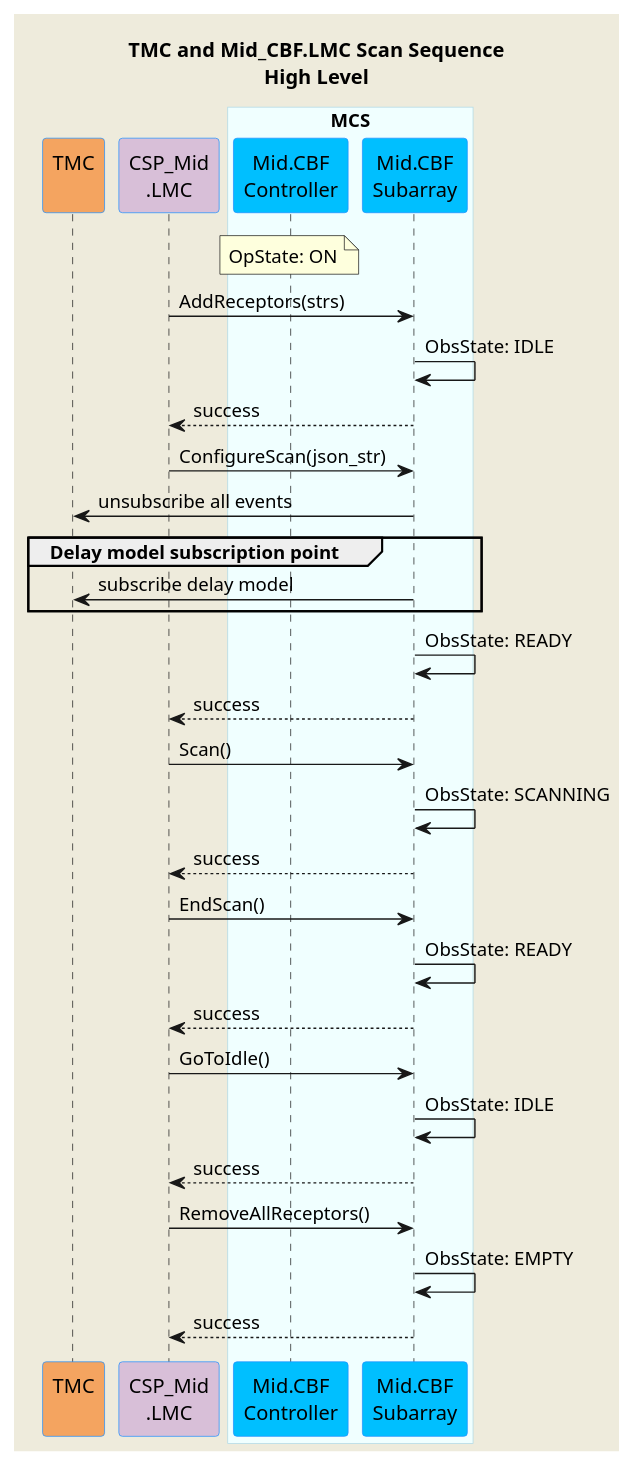
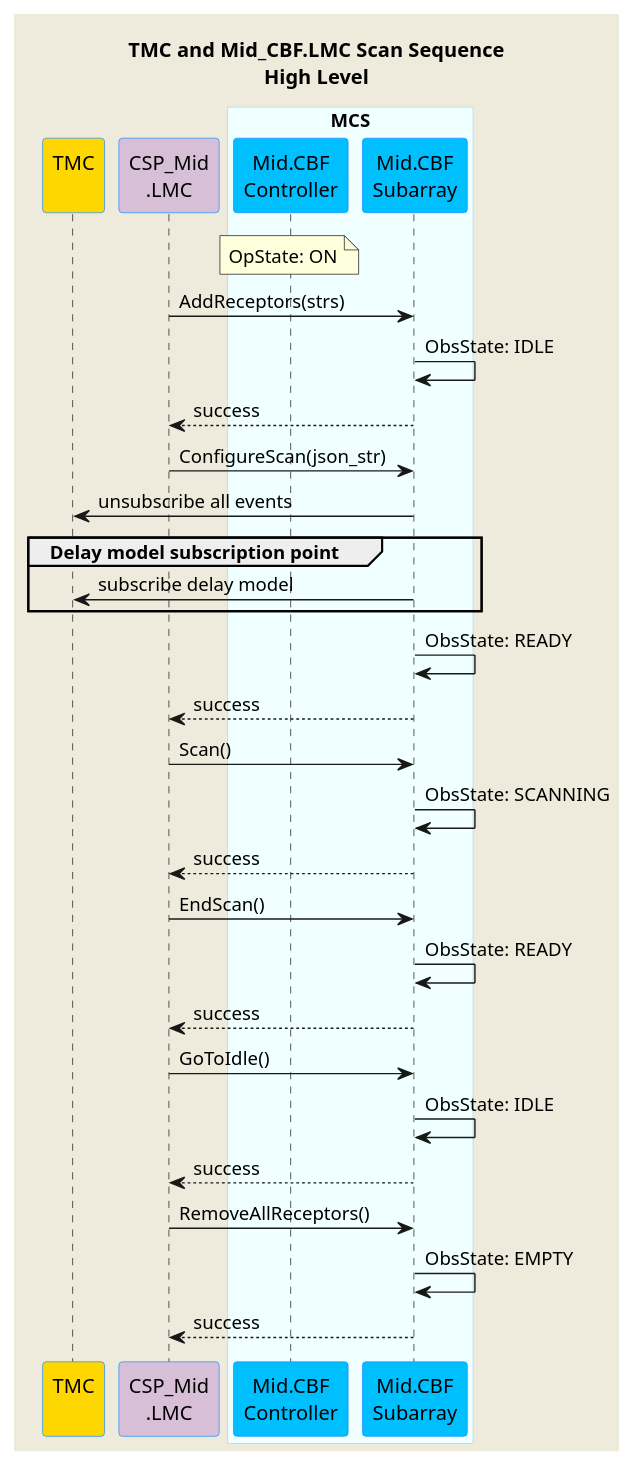
Before and after one commit to ska-telescope/mid-cbf-mcs: the diagram in docs/src/diagrams/mid-cbf-scan-ops.puml, drawn with PlantUML. The commit also changed 3 other files, not shown here.

Commit message:
CIP-2424 Updated FSP configureScan diagram. some other tweaks

```diff
--- a/docs/src/diagrams/mid-cbf-scan-ops.puml
+++ b/docs/src/diagrams/mid-cbf-scan-ops.puml
@@ -1,66 +1,66 @@
 @startuml
 'https://plantuml.com/sequence-diagram
 
 skinparam backgroundColor #EEEBDC
 skinparam sequence {
 ParticipantBorderColor DodgerBlue
 ParticipantBackgroundColor DeepSkyBlue
 ActorBorderColor DarkGreen
 ActorBackgroundColor Green
 BoxBorderColor LightBlue
 BoxBackgroundColor #F0FFFF
 }
 
 title TMC and Mid_CBF.LMC Scan Sequence\nHigh Level
 
-participant "TMC\n" as tmc #SandyBrown
+participant "TMC\n" as tmc #Gold
 participant "CSP_Mid\n.LMC" as lmc #Thistle
 
 box "MCS"
 participant "Mid.CBF\nController" as controller
 participant "Mid.CBF\nSubarray" as subarray
 end box
 
 note over controller        : OpState: ON
 lmc         -> subarray     : AddReceptors(strs)
 subarray    -> subarray     : ObsState: IDLE
 subarray   --> lmc          : success
 lmc         -> subarray     : ConfigureScan(json_str)
 subarray    -> tmc          : unsubscribe all events
 
 group Delay model subscription point
 subarray    -> tmc          : subscribe delay model
 end group
 
 ' group Doppler subscription point
 ' subarray    -> tmc          : subscribe Doppler phase correction
 ' end group
 
 ' group Jones matrix subscription point
 ' subarray    -> tmc          : subscribe Jones matrix
 ' end group
 
 ' group Timing beam subscription point
 ' subarray    -> tmc          : subscribe timing beam weights
 ' end group
 
 subarray    -> subarray     : ObsState: READY
 subarray   --> lmc          : success
 
 lmc         -> subarray     : Scan()
 subarray    -> subarray     : ObsState: SCANNING
 subarray   --> lmc          : success
 
 lmc         -> subarray     : EndScan()
 subarray    -> subarray     : ObsState: READY
 subarray   --> lmc          : success
 
 lmc         -> subarray     : GoToIdle()
 subarray    -> subarray     : ObsState: IDLE
 subarray   --> lmc          : success
 
 lmc         -> subarray     : RemoveAllReceptors()
 subarray    -> subarray     : ObsState: EMPTY
 subarray   --> lmc          : success
 
 @enduml
```
